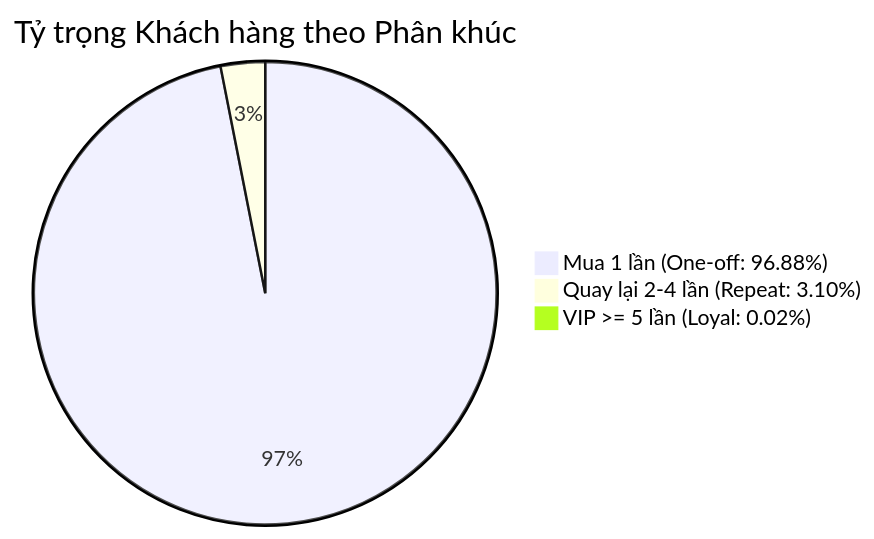
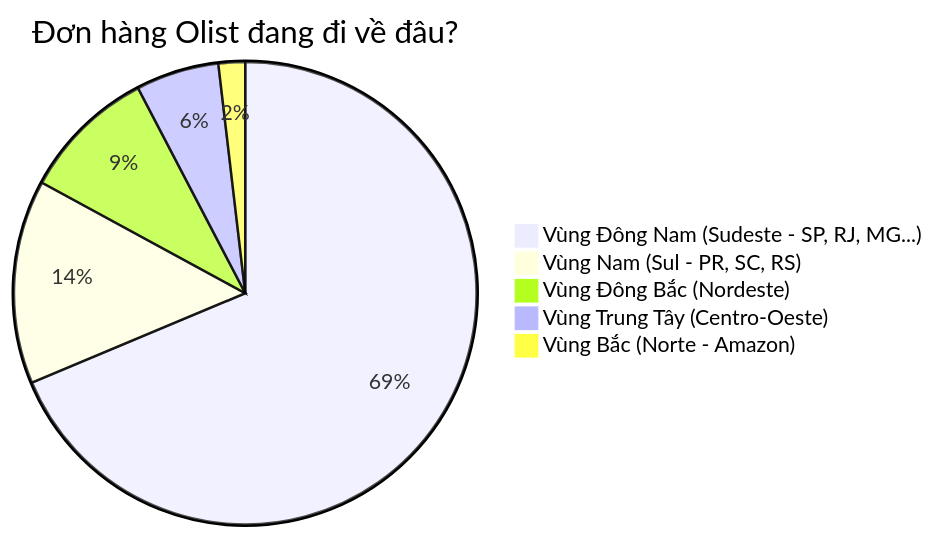
The diagram in reports/01_data_storytelling_report.md (bnphongdata/Olist_Customers), drawn with Mermaid before and after one commit. The commit also changed other lines of this file and 4 other files, not shown here.

Commit message:
docs & refactor: biên soạn lại storytelling, bình luận SQL và code theo phong cách tự nhiên, thực tế và sâu sắc

````diff
--- a/reports/01_data_storytelling_report.md
+++ b/reports/01_data_storytelling_report.md
@@ -47,6 +44,8 @@
 ```mermaid
-pie title Tỷ trọng Khách hàng theo Phân khúc
-    "Mua 1 lần (One-off: 96.88%)" : 93099
-    "Quay lại 2-4 lần (Repeat: 3.10%)" : 2978
-    "VIP >= 5 lần (Loyal: 0.02%)" : 19
+pie title Đơn hàng Olist đang đi về đâu?
+    "Vùng Đông Nam (Sudeste - SP, RJ, MG...)" : 68.65
+    "Vùng Nam (Sul - PR, SC, RS)" : 14.23
+    "Vùng Đông Bắc (Nordeste)" : 9.40
+    "Vùng Trung Tây (Centro-Oeste)" : 5.80
+    "Vùng Bắc (Norte - Amazon)" : 1.86
 ```
````
